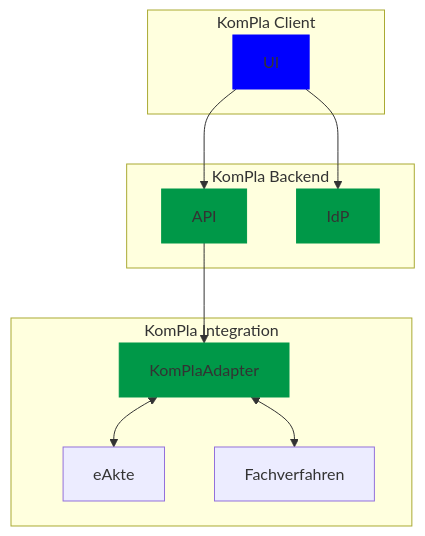
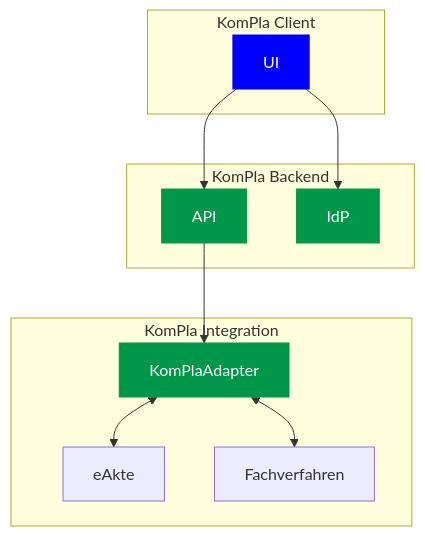
Before and after one commit to digitalservicebund/a2j-kommunikationsplattform: the first of 2 diagrams in doc/architecture-diagrams/system-architecture.md, drawn with Mermaid.

Commit message:
Update quick overview style

````diff
--- a/doc/architecture-diagrams/system-architecture.md
+++ b/doc/architecture-diagrams/system-architecture.md
@@ -13,21 +13,21 @@
 ```mermaid
 flowchart
     UI-->API
     UI-->IdP
     API-->KomPlaAdapter
     subgraph KomPla Backend
     API
     IdP
     end
     subgraph KomPla Client
     UI
     end
     subgraph KomPla Integration
     KomPlaAdapter<-->eAkte
     KomPlaAdapter<-->Fachverfahren
     end
-    style UI fill:#0000ff,stroke:#0000ff
-    style IdP fill:#009848,stroke:#009848
-    style API fill:#009848,stroke:#009848
-    style KomPlaAdapter fill:#009848,stroke:#009848
+    style UI fill:#0000ff,color:#fff,stroke:#0000ff
+    style IdP fill:#009848,color:#fff,stroke:#009848
+    style API fill:#009848,color:#fff,stroke:#009848
+    style KomPlaAdapter fill:#009848,color:#fff,stroke:#009848
 ```
````
